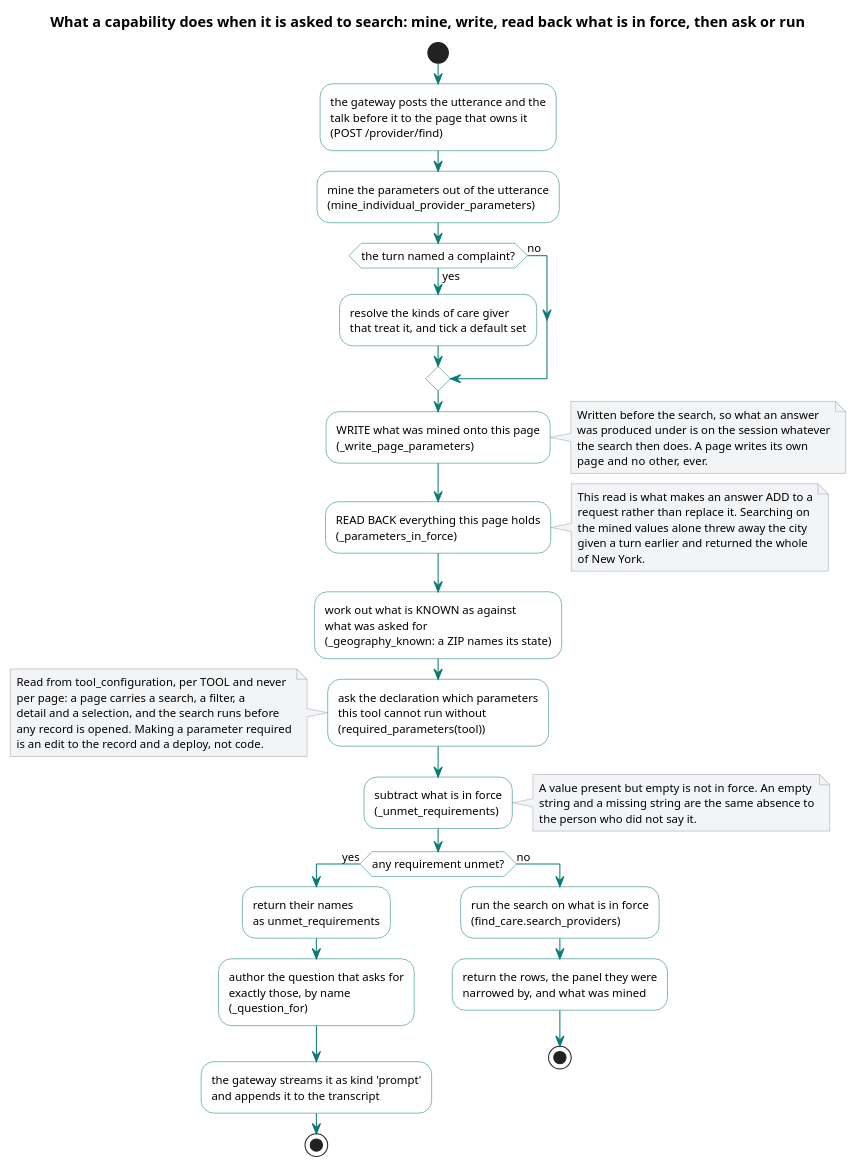
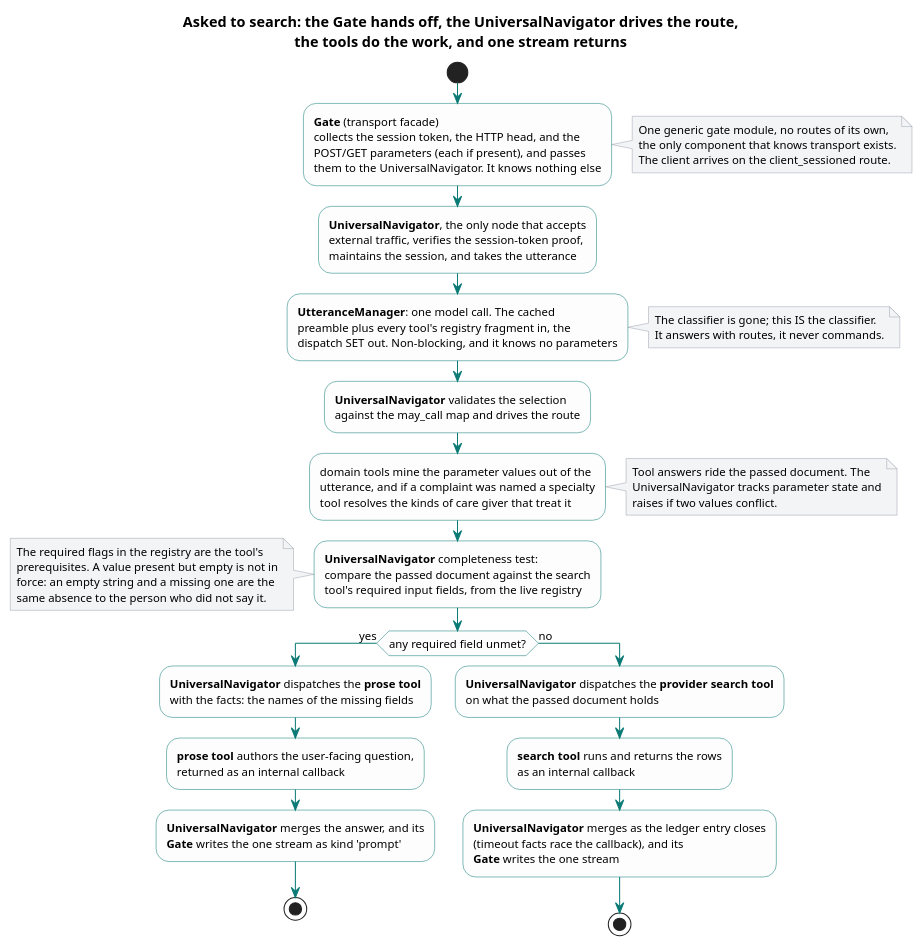
Before and after one commit to SkipSnow/ChatHealthyRepo: the diagram in brain/machine_artifacts/diagramsAndImages/sources/ss_parameter_resolution.puml, drawn with PlantUML. The commit also changed 96 other files, not shown here.

```diff
--- a/brain/machine_artifacts/diagramsAndImages/sources/ss_parameter_resolution.puml
+++ b/brain/machine_artifacts/diagramsAndImages/sources/ss_parameter_resolution.puml
@@ -1,90 +1,82 @@
 @startuml
+skinparam componentStyle rectangle
 skinparam shadowing false
 skinparam defaultFontName Segoe UI
 skinparam defaultFontSize 11
 skinparam ArrowColor #0b7a75
 skinparam ComponentBorderColor #0b7a75
 skinparam DatabaseBorderColor #6b7280
 skinparam NoteBackgroundColor #f3f4f6
 skinparam NoteBorderColor #9ca3af
 skinparam ActivityBorderColor #0b7a75
-skinparam ActivityBackgroundColor #ffffff
+skinparam ActivityBackgroundColor #fdfdfd
 skinparam ActivityDiamondBorderColor #0b7a75
 
-title What a capability does when it is asked to search: mine, write, read back what is in force, then ask or run
+title Asked to search: the Gate hands off, the UniversalNavigator drives the route,\nthe tools do the work, and one stream returns
 
 start
 
-:the gateway posts the utterance and the
-talk before it to the page that owns it
-(POST /provider/find);
-
-:mine the parameters out of the utterance
-(mine_individual_provider_parameters);
-
-if (the turn named a complaint?) then (yes)
-  :resolve the kinds of care giver
-  that treat it, and tick a default set;
-else (no)
-endif
-
-:WRITE what was mined onto this page
-(_write_page_parameters);
+:**Gate** (transport facade)
+collects the session token, the HTTP head, and the
+POST/GET parameters (each if present), and passes
+them to the UniversalNavigator. It knows nothing else;
 note right #f3f4f6
-  Written before the search, so what an answer
-  was produced under is on the session whatever
-  the search then does. A page writes its own
-  page and no other, ever.
+  One generic gate module, no routes of its own,
+  the only component that knows transport exists.
+  The client arrives on the client_sessioned route.
 end note
 
-:READ BACK everything this page holds
-(_parameters_in_force);
+:**UniversalNavigator**, the only node that accepts
+external traffic, verifies the session-token proof,
+maintains the session, and takes the utterance;
+
+:**UtteranceManager**: one model call. The cached
+preamble plus every tool's registry fragment in, the
+dispatch SET out. Non-blocking, and it knows no parameters;
 note right #f3f4f6
-  This read is what makes an answer ADD to a
-  request rather than replace it. Searching on
-  the mined values alone threw away the city
-  given a turn earlier and returned the whole
-  of New York.
+  The classifier is gone; this IS the classifier.
+  It answers with routes, it never commands.
 end note
 
-:work out what is KNOWN as against
-what was asked for
-(_geography_known: a ZIP names its state);
+:**UniversalNavigator** validates the selection
+against the may_call map and drives the route;
 
-:ask the declaration which parameters
-this tool cannot run without
-(required_parameters(tool));
-note left #f3f4f6
-  Read from tool_configuration, per TOOL and never
-  per page: a page carries a search, a filter, a
-  detail and a selection, and the search runs before
-  any record is opened. Making a parameter required
-  is an edit to the record and a deploy, not code.
+:domain tools mine the parameter values out of the
+utterance, and if a complaint was named a specialty
+tool resolves the kinds of care giver that treat it;
+note right #f3f4f6
+  Tool answers ride the passed document. The
+  UniversalNavigator tracks parameter state and
+  raises if two values conflict.
 end note
 
-:subtract what is in force
-(_unmet_requirements);
-note right #f3f4f6
-  A value present but empty is not in force. An empty
-  string and a missing string are the same absence to
-  the person who did not say it.
+:**UniversalNavigator** completeness test:
+compare the passed document against the search
+tool's required input fields, from the live registry;
+note left #f3f4f6
+  The required flags in the registry are the tool's
+  prerequisites. A value present but empty is not in
+  force: an empty string and a missing one are the
+  same absence to the person who did not say it.
 end note
 
-if (any requirement unmet?) then (yes)
-  :return their names
-  as unmet_requirements;
-  :author the question that asks for
-  exactly those, by name
-  (_question_for);
-  :the gateway streams it as kind 'prompt'
-  and appends it to the transcript;
+if (any required field unmet?) then (yes)
+  :**UniversalNavigator** dispatches the **prose tool**
+  with the facts: the names of the missing fields;
+  :**prose tool** authors the user-facing question,
+  returned as an internal callback;
+  :**UniversalNavigator** merges the answer, and its
+  **Gate** writes the one stream as kind 'prompt';
   stop
 else (no)
-  :run the search on what is in force
-  (find_care.search_providers);
-  :return the rows, the panel they were
-  narrowed by, and what was mined;
+  :**UniversalNavigator** dispatches the **provider search tool**
+  on what the passed document holds;
+  :**search tool** runs and returns the rows
+  as an internal callback;
+  :**UniversalNavigator** merges as the ledger entry closes
+  (timeout facts race the callback), and its
+  **Gate** writes the one stream;
   stop
 endif
 
 @enduml
```
